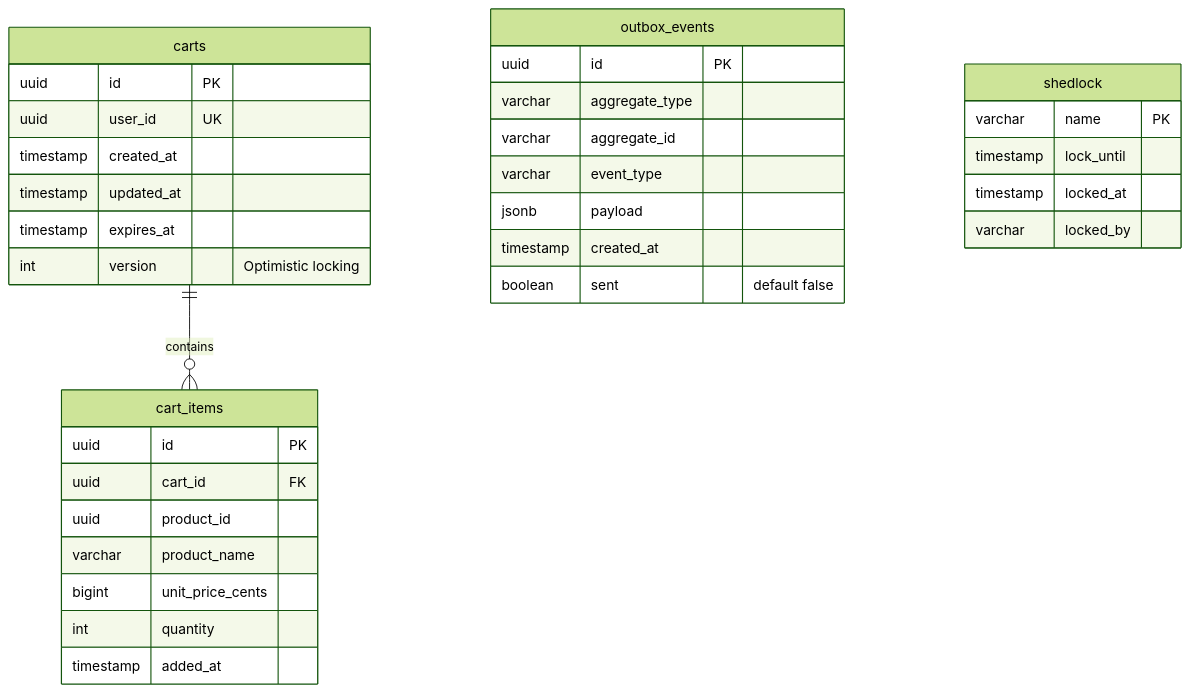
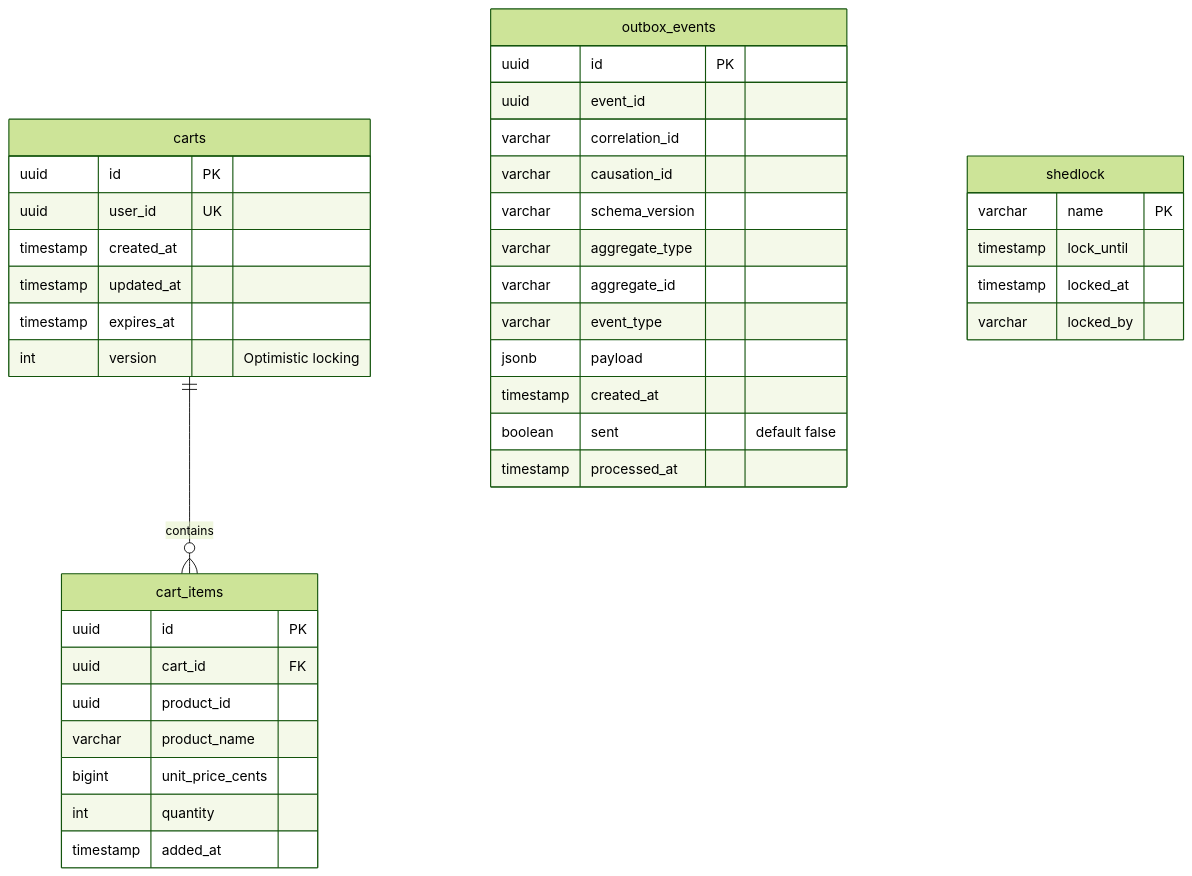
Before and after one commit to sunitakeazycommerz-a11y/InstaCommerce: the seventh of 7 diagrams in services/cart-service/README.md, drawn with Mermaid (forest theme). The commit also changed other lines of this file and 77 other files, not shown here.

First line of the commit message:
docs: reconcile monorepo architecture, services and runbooks with codebase truth

````diff
--- a/services/cart-service/README.md
+++ b/services/cart-service/README.md
@@ -353,40 +365,45 @@
 ```mermaid
 erDiagram
     carts {
         uuid id PK
         uuid user_id UK
         timestamp created_at
         timestamp updated_at
         timestamp expires_at
         int version "Optimistic locking"
     }
 
     cart_items {
         uuid id PK
         uuid cart_id FK
         uuid product_id
         varchar product_name
         bigint unit_price_cents
         int quantity
         timestamp added_at
     }
 
     outbox_events {
         uuid id PK
+        uuid event_id
+        varchar correlation_id
+        varchar causation_id
+        varchar schema_version
         varchar aggregate_type
         varchar aggregate_id
         varchar event_type
         jsonb payload
         timestamp created_at
         boolean sent "default false"
+        timestamp processed_at
     }
 
     shedlock {
         varchar name PK
         timestamp lock_until
         timestamp locked_at
         varchar locked_by
     }
 
     carts ||--o{ cart_items : "contains"
 ```
````
